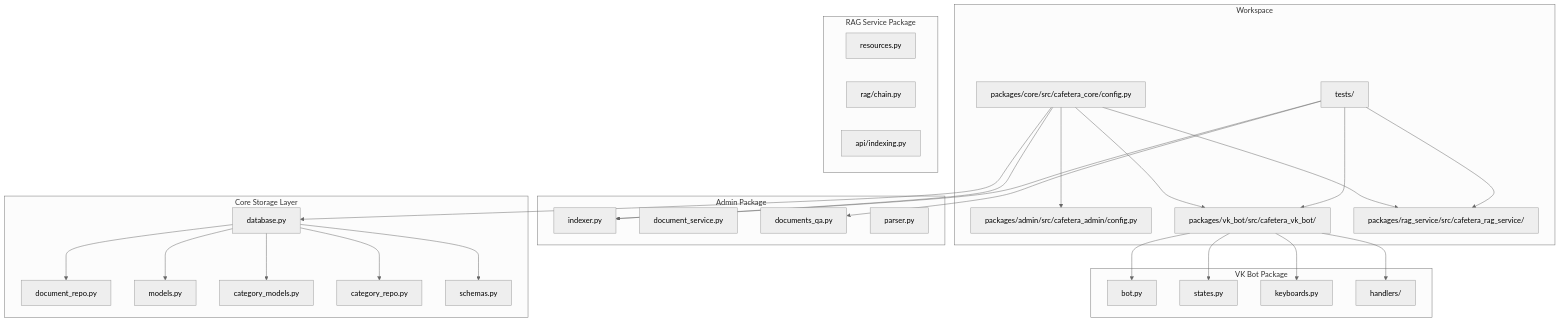
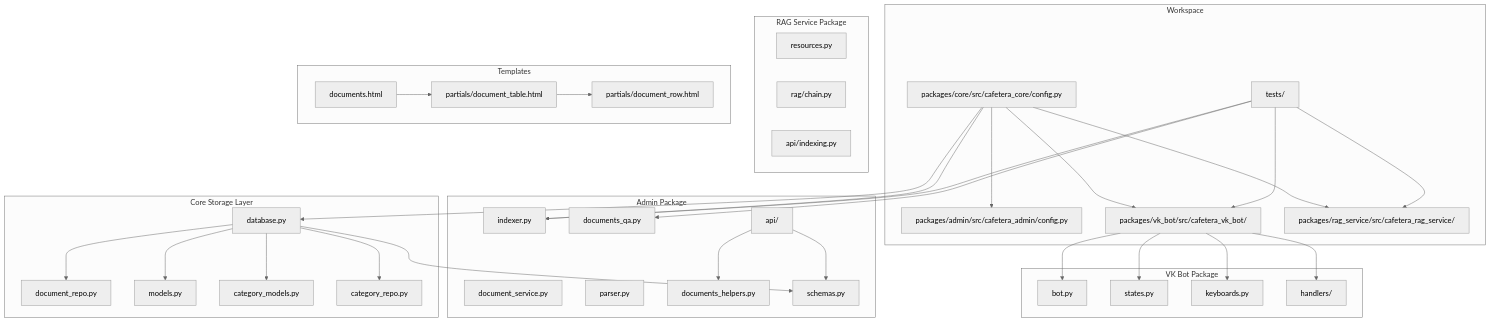
Before and after one commit to ognelis/cafetera_hr_bot: the first of 34 diagrams in .qoder/repowiki/en/content/Document Management System.md, drawn with Mermaid (neutral theme). The commit also changed other lines of this file and 9 other files, not shown here.

````diff
--- a/.qoder/repowiki/en/content/Document Management System.md
+++ b/.qoder/repowiki/en/content/Document Management System.md
@@ -84,54 +88,64 @@
 ```mermaid
 graph TB
 subgraph "Workspace"
 CORE["packages/core/src/cafetera_core/config.py"]
 ADMIN["packages/admin/src/cafetera_admin/config.py"]
 VKBOT["packages/vk_bot/src/cafetera_vk_bot/"]
 TESTS["tests/"]
 RAGSERVICE["packages/rag_service/src/cafetera_rag_service/"]
 end
 subgraph "VK Bot Package"
 BOT["bot.py"]
 STATES["states.py"]
 KEYBOARDS["keyboards.py"]
 HANDLERS["handlers/"]
 end
 subgraph "Admin Package"
 INDEXER["indexer.py"]
 DOC_SERVICE["document_service.py"]
 QA_API["documents_qa.py"]
 PARSER["parser.py"]
+ENDPOINTS["api/"]
+ENDPOINTS --> DOCUMENTS_HELPERS["documents_helpers.py"]
+ENDPOINTS --> SCHEMAS["schemas.py"]
 end
 subgraph "RAG Service Package"
 PARSER["parser.py"]
 RESOURCES["resources.py"]
 CHAIN["rag/chain.py"]
 INDEXING["api/indexing.py"]
 end
 subgraph "Core Storage Layer"
 DATABASE["database.py"]
 DOCUMENT_REPO["document_repo.py"]
 MODELS["models.py"]
 CATEGORY_MODELS["category_models.py"]
 CATEGORY_REPO["category_repo.py"]
 SCHEMAS["schemas.py"]
+end
+subgraph "Templates"
+DOCUMENT_TABLE["partials/document_table.html"]
+DOCUMENT_ROW["partials/document_row.html"]
+DOCUMENTS_PAGE["documents.html"]
 end
 CORE --> ADMIN
 CORE --> VKBOT
 CORE --> INDEXER
 CORE --> RAGSERVICE
 CORE --> DATABASE
 VKBOT --> BOT
 VKBOT --> STATES
 VKBOT --> KEYBOARDS
 VKBOT --> HANDLERS
 TESTS --> VKBOT
 TESTS --> INDEXER
 TESTS --> QA_API
 TESTS --> RAGSERVICE
 DATABASE --> DOCUMENT_REPO
 DATABASE --> MODELS
 DATABASE --> CATEGORY_MODELS
 DATABASE --> CATEGORY_REPO
 DATABASE --> SCHEMAS
+DOCUMENT_TABLE --> DOCUMENT_ROW
+DOCUMENTS_PAGE --> DOCUMENT_TABLE
 ```
````
